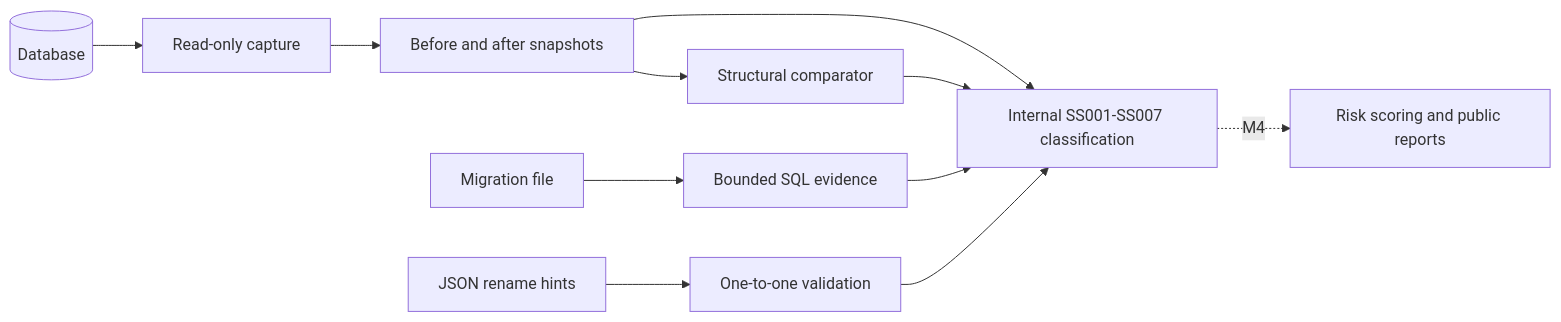
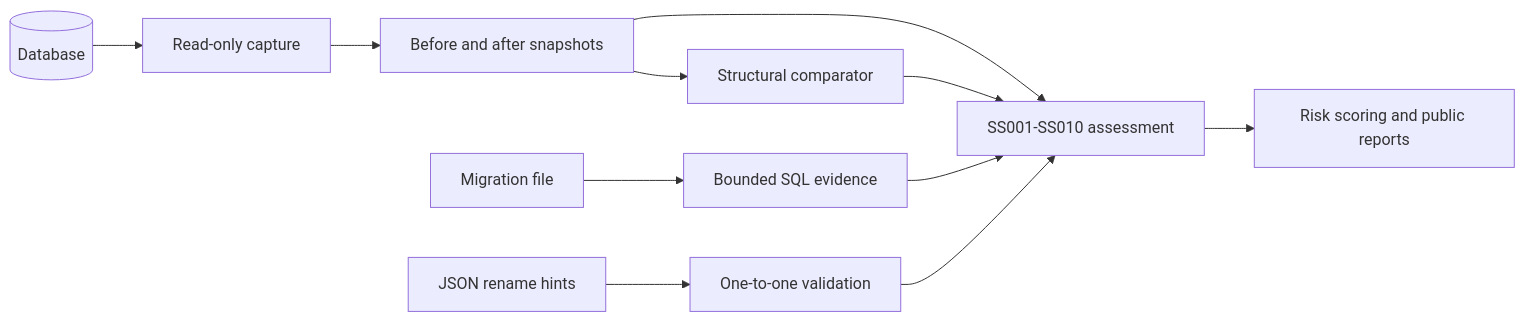
The diagram in README.md (Shellghostt/SchemaSentry), drawn with Mermaid before and after one commit. The commit also changed other lines of this file and 52 other files, not shown here.

Commit message:
feat(m4): add deterministic risk assessment and public reports

````diff
--- a/README.md
+++ b/README.md
@@ -42,13 +44,13 @@
 ```mermaid
 flowchart LR
     DB[(Database)] --> INTRO[Read-only capture]
     INTRO --> SNAP[Before and after snapshots]
     SNAP --> CMP[Structural comparator]
-    SNAP --> CLASS[Internal SS001-SS007 classification]
+    SNAP --> CLASS[SS001-SS010 assessment]
     CMP --> CLASS
     MIG[Migration file] --> PARSE[Bounded SQL evidence]
     PARSE --> CLASS
     HINT[JSON rename hints] --> VALIDATE[One-to-one validation]
     VALIDATE --> CLASS
-    CLASS -. M4 .-> RISK[Risk scoring and public reports]
+    CLASS --> RISK[Risk scoring and public reports]
 ```
````
